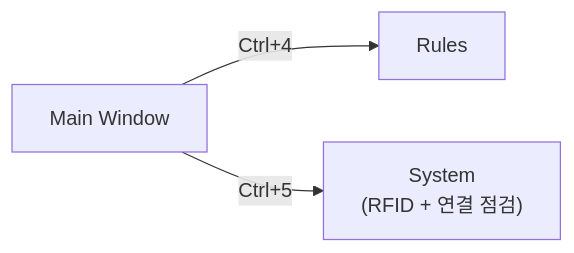
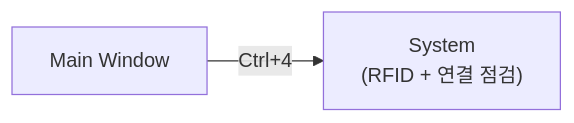
The second of 12 diagrams in docs/01_PokerGFX_Analysis/PRD-0004-EBS-Server-UI-Design.md (garimto81/ebs), drawn with Mermaid before and after one commit. The commit also changed other lines of this file and 1 other file, not shown here.

First line of the commit message:
docs(prd-0004): Rules 탭 제거 및 System 탭 재배치 (Ctrl+4) 📝

````diff
--- a/docs/01_PokerGFX_Analysis/PRD-0004-EBS-Server-UI-Design.md
+++ b/docs/01_PokerGFX_Analysis/PRD-0004-EBS-Server-UI-Design.md
@@ -325,5 +249,4 @@
 ```mermaid
 flowchart LR
-    MW["Main Window"] -->|"Ctrl+4"| RUL["Rules"]
-    MW -->|"Ctrl+5"| SYS["System<br/>(RFID + 연결 점검)"]
+    MW["Main Window"] -->|"Ctrl+4"| SYS["System<br/>(RFID + 연결 점검)"]
 ```
````
